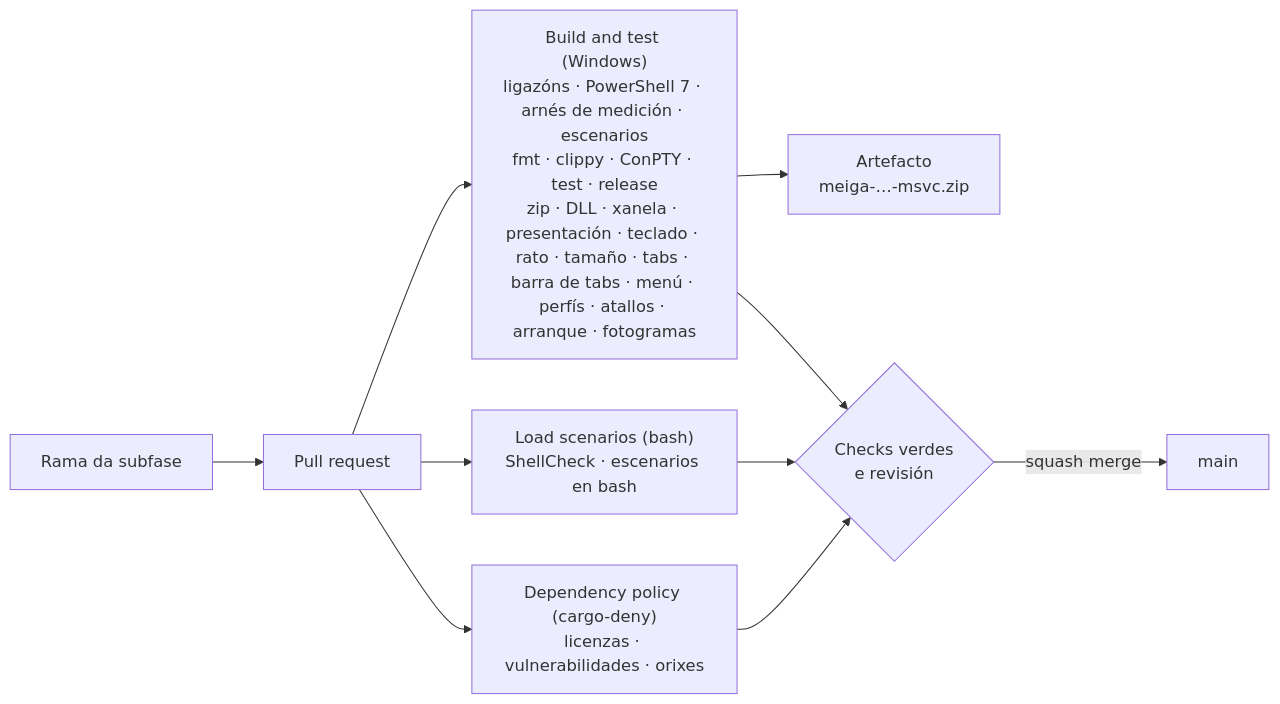
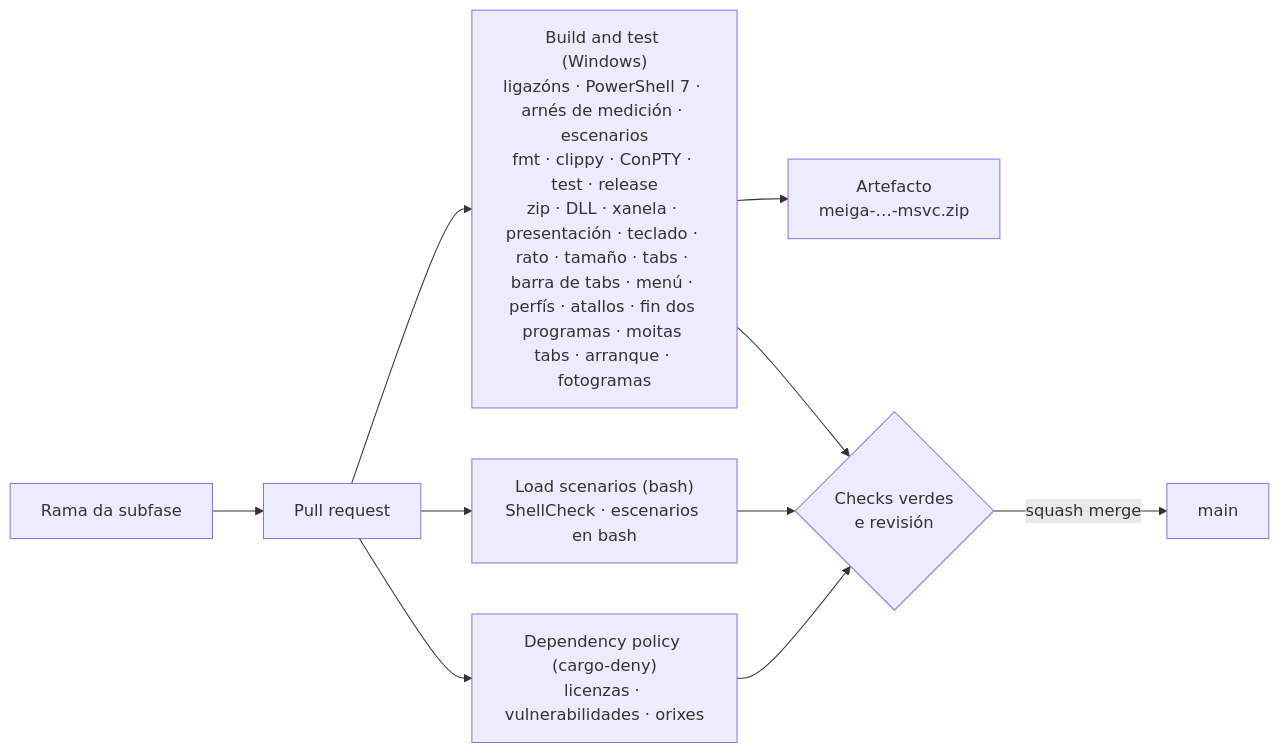
One commit to NewHouses/meiga changed diagram 19 of 21 in docs/arquitectura.md. Above: the diagram before and after it, drawn with Mermaid. The commit also changed other lines of this file and 23 other files, not shown here.

````diff
--- a/docs/arquitectura.md
+++ b/docs/arquitectura.md
@@ -518,12 +546,12 @@
 ```mermaid
 flowchart LR
     rama["Rama da subfase"] --> pr["Pull request"]
-    pr --> win["Build and test (Windows)<br/>ligazóns · PowerShell 7 · arnés de medición · escenarios<br/>fmt · clippy · ConPTY · test · release<br/>zip · DLL · xanela · presentación · teclado · rato · tamaño · tabs · barra de tabs · menú · perfís · atallos · arranque · fotogramas"]
+    pr --> win["Build and test (Windows)<br/>ligazóns · PowerShell 7 · arnés de medición · escenarios<br/>fmt · clippy · ConPTY · test · release<br/>zip · DLL · xanela · presentación · teclado · rato · tamaño · tabs · barra de tabs · menú · perfís · atallos · fin dos programas · moitas tabs · arranque · fotogramas"]
     pr --> scen["Load scenarios (bash)<br/>ShellCheck · escenarios en bash"]
     pr --> deny["Dependency policy (cargo-deny)<br/>licenzas · vulnerabilidades · orixes"]
     win --> art["Artefacto<br/>meiga-…-msvc.zip"]
     win --> ok{"Checks verdes<br/>e revisión"}
     scen --> ok
     deny --> ok
     ok -->|squash merge| main["main"]
 ```
````
